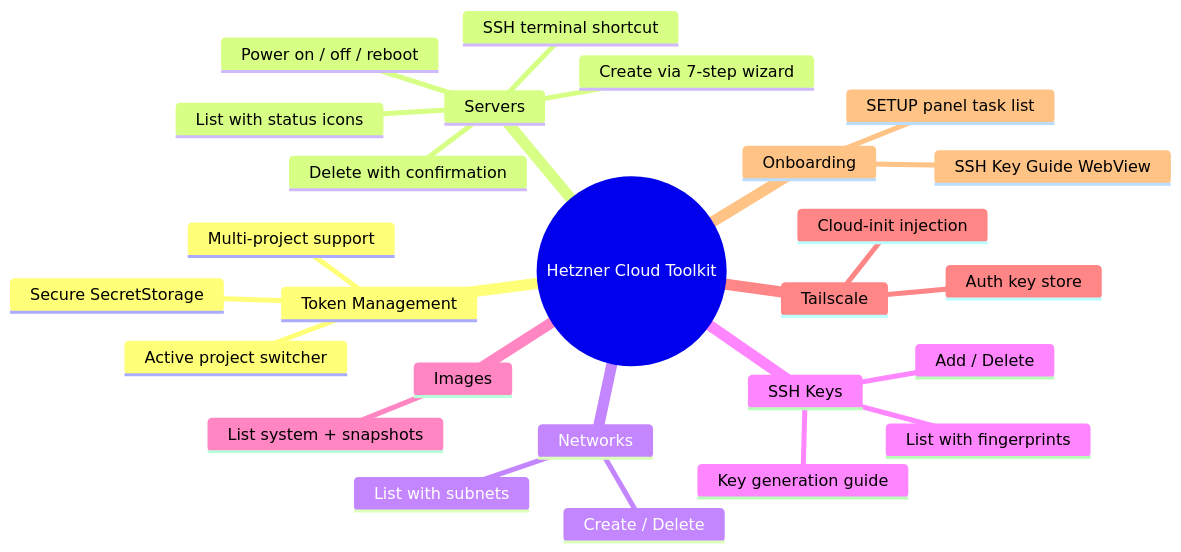
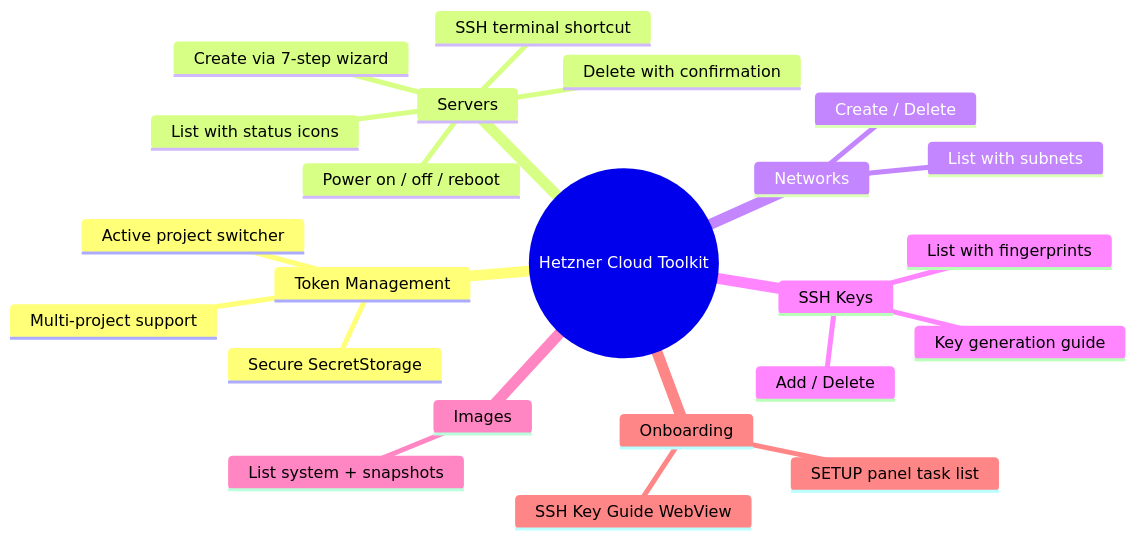
Before and after one commit to brwinnov/vscode-hetzner-cloud: the first of 3 diagrams in ROADMAP.md, drawn with Mermaid. The commit also changed other lines of this file and 5 other files, not shown here.

````diff
--- a/ROADMAP.md
+++ b/ROADMAP.md
@@ -12,29 +12,26 @@
 ```mermaid
 mindmap
   root((Hetzner Cloud Toolkit))
     Token Management
       Multi-project support
       Secure SecretStorage
       Active project switcher
     Servers
       List with status icons
       Create via 7-step wizard
       Power on / off / reboot
       Delete with confirmation
       SSH terminal shortcut
     Networks
       List with subnets
       Create / Delete
     SSH Keys
       List with fingerprints
       Add / Delete
       Key generation guide
     Images
       List system + snapshots
-    Tailscale
-      Auth key store
-      Cloud-init injection
     Onboarding
       SETUP panel task list
       SSH Key Guide WebView
 ```
````
